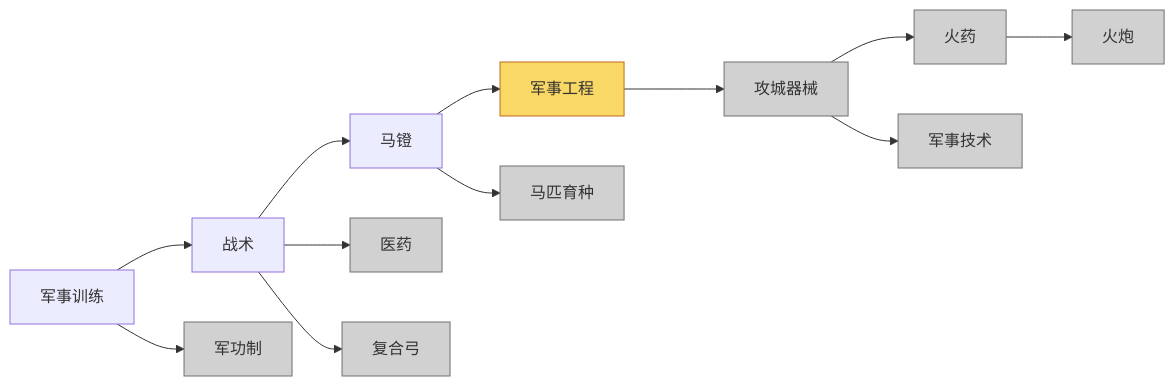
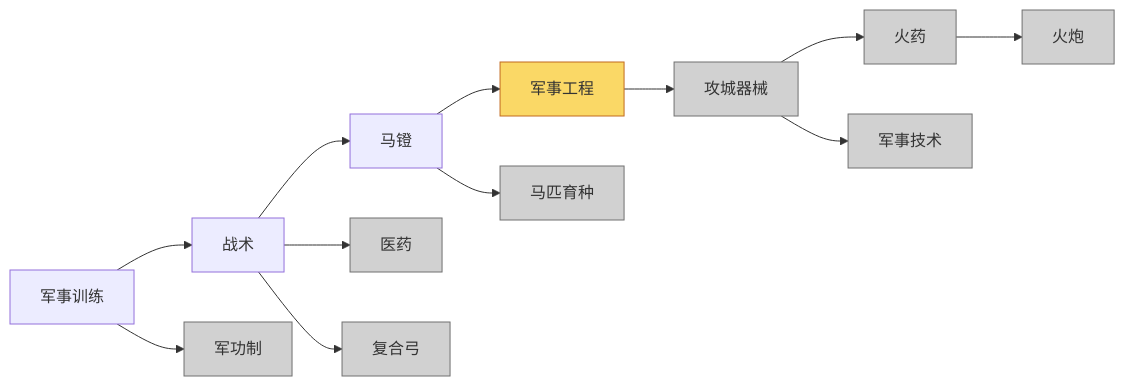
Diagram 11 of 12 in 设计文档/建筑1.md (HkingAuditore/ToyEmpiresDocuments), drawn with Mermaid before and after one commit. The commit also changed other lines of this file and 1 other file, not shown here.

````diff
--- a/设计文档/建筑1.md
+++ b/设计文档/建筑1.md
@@ -681,15 +681,15 @@
     ``` mermaid
     flowchart LR
         jsxl[军事训练] --> zs[战术];
         jsxl --> jgz[军功制]:::notmain;
         zs --> md[马镫];
         zs --> yy[医药]:::notmain;
         zs --> fhg[复合弓]:::notmain;
-        md --> jsgc[军事工程]:::target ---> gcqx[攻城器械]:::notmain;
+        md --> jsgc[军事工程]:::target --> gcqx[攻城器械]:::notmain;
         md --> mpyz[马匹育种]:::notmain;
         gcqx --> hy[火药]:::notmain --> hp[火炮]:::notmain;
         gcqx --> jsjs[军事技术]:::notmain;
 
     classDef notmain fill:#d1d1d1, stroke:#707070;
     classDef target fill:#fad866, stroke:#c16b1f;
     ```
````
